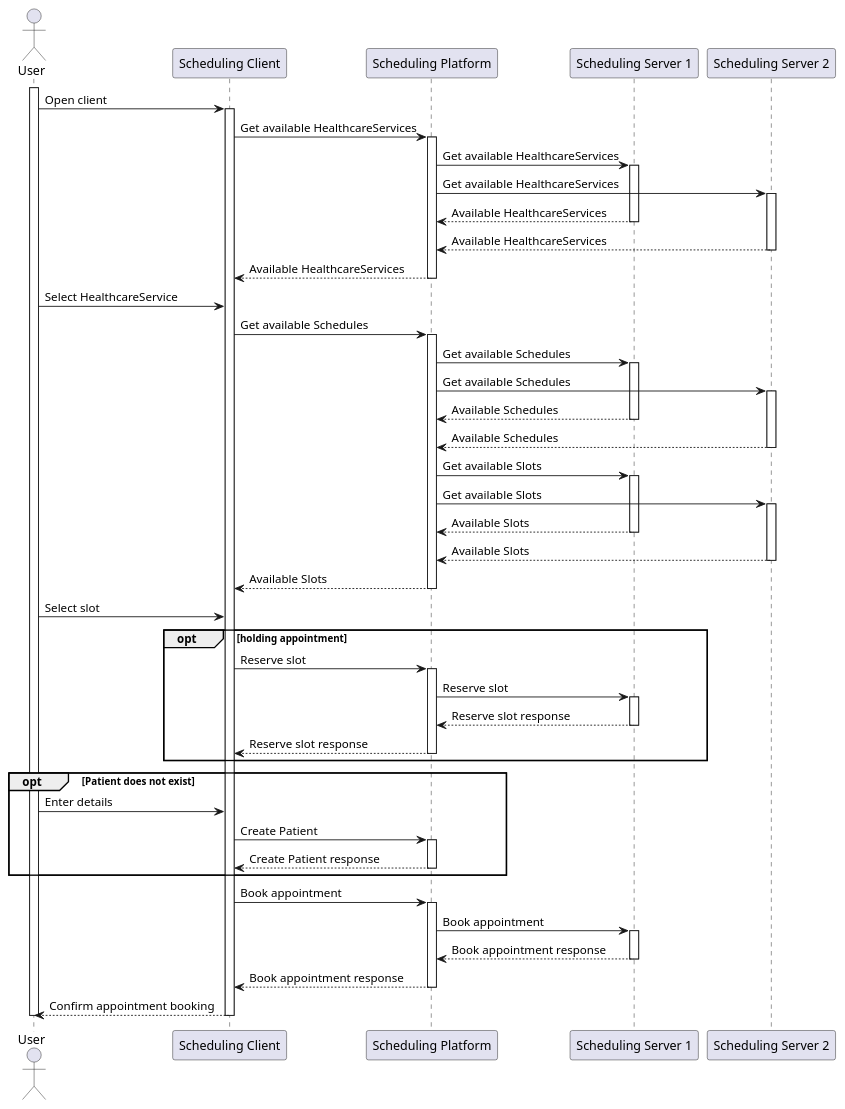
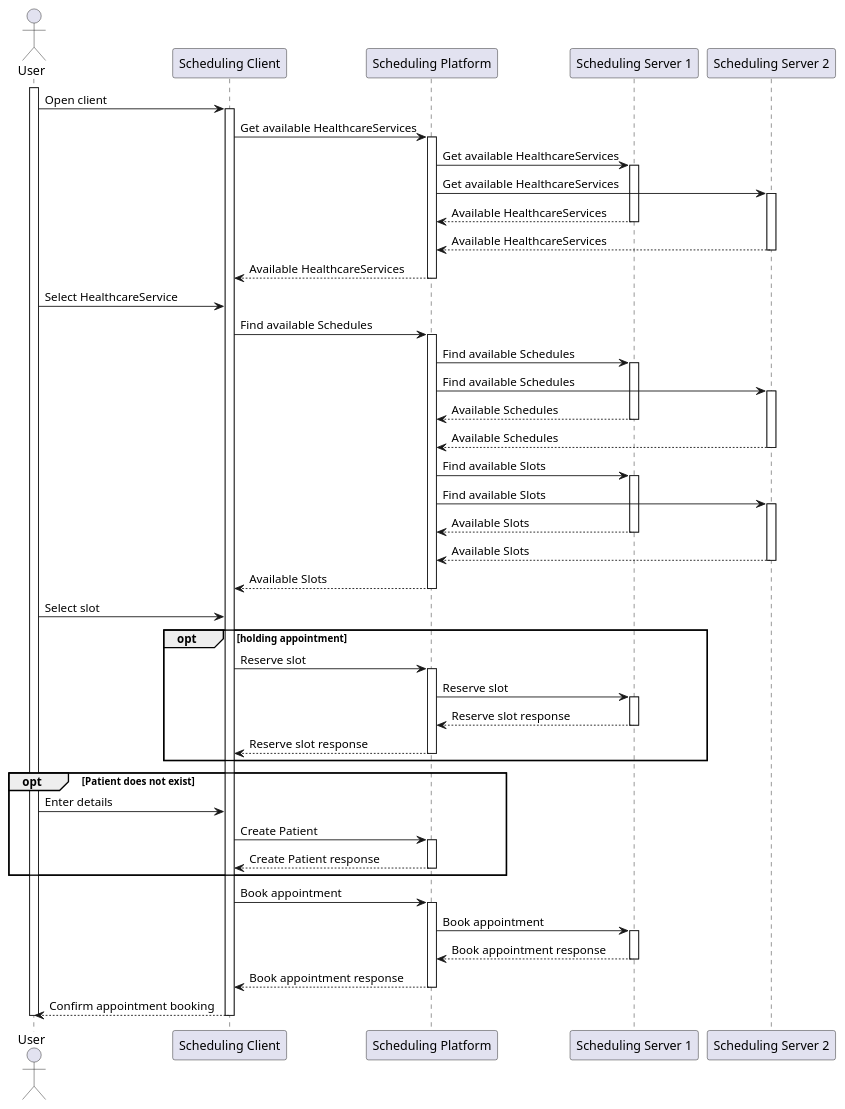
The diagram in input/images/scenarios/sequence-platform.plantuml (HL7Austria/TC-FHIR-AG-Scheduling-R5), drawn with PlantUML before and after one commit. The commit also changed 3 other files, not shown here.

Commit message:
update interaction names in sequence diagrams

```diff
--- a/input/images/scenarios/sequence-platform.plantuml
+++ b/input/images/scenarios/sequence-platform.plantuml
@@ -1,80 +1,80 @@
 @startuml
 actor User as user
 participant "Scheduling Client" as client
 participant "Scheduling Platform" as platform
 participant "Scheduling Server 1" as schedServ1
 participant "Scheduling Server 2" as schedServ2
 
 activate user
 user -> client: Open client
 activate client
 client -> platform: Get available HealthcareServices
 activate platform
 platform -> schedServ1: Get available HealthcareServices
 activate schedServ1
 platform -> schedServ2: Get available HealthcareServices
 activate schedServ2
 schedServ1 ---> platform: Available HealthcareServices
 deactivate schedServ1
 schedServ2 ---> platform: Available HealthcareServices
 deactivate schedServ2
 platform ---> client: Available HealthcareServices
 deactivate platform
 
 user -> client: Select HealthcareService
-client -> platform: Get available Schedules
+client -> platform: Find available Schedules
 activate platform
-platform -> schedServ1: Get available Schedules
+platform -> schedServ1: Find available Schedules
 activate schedServ1
-platform -> schedServ2: Get available Schedules
+platform -> schedServ2: Find available Schedules
 activate schedServ2
 schedServ1 ---> platform: Available Schedules
 deactivate schedServ1
 schedServ2 ---> platform: Available Schedules
 deactivate schedServ2
 
-platform -> schedServ1: Get available Slots
+platform -> schedServ1: Find available Slots
 activate schedServ1
-platform -> schedServ2: Get available Slots
+platform -> schedServ2: Find available Slots
 activate schedServ2
 schedServ1 ---> platform: Available Slots
 deactivate schedServ1
 schedServ2 ---> platform: Available Slots
 deactivate schedServ2
 platform ---> client: Available Slots
 deactivate platform
 
 user -> client: Select slot
 
 opt holding appointment
   client -> platform: Reserve slot
   activate platform
   platform -> schedServ1: Reserve slot
   activate schedServ1
   schedServ1 ---> platform: Reserve slot response
   deactivate schedServ1
   platform ---> client: Reserve slot response
   deactivate platform
 end
 
 opt Patient does not exist
   user -> client: Enter details
   client -> platform: Create Patient
   activate platform
   platform ---> client: Create Patient response
   deactivate platform
 end
 
 client -> platform: Book appointment
 activate platform
 platform -> schedServ1: Book appointment
 activate schedServ1
 schedServ1 ---> platform: Book appointment response
 deactivate schedServ1
 platform ---> client: Book appointment response
 deactivate platform
 client ---> user: Confirm appointment booking
 
 deactivate client
 deactivate user
 @enduml
```
